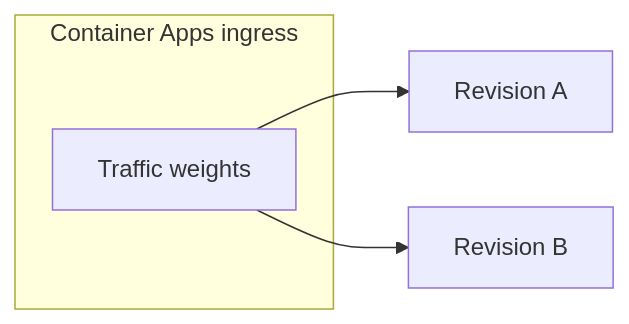
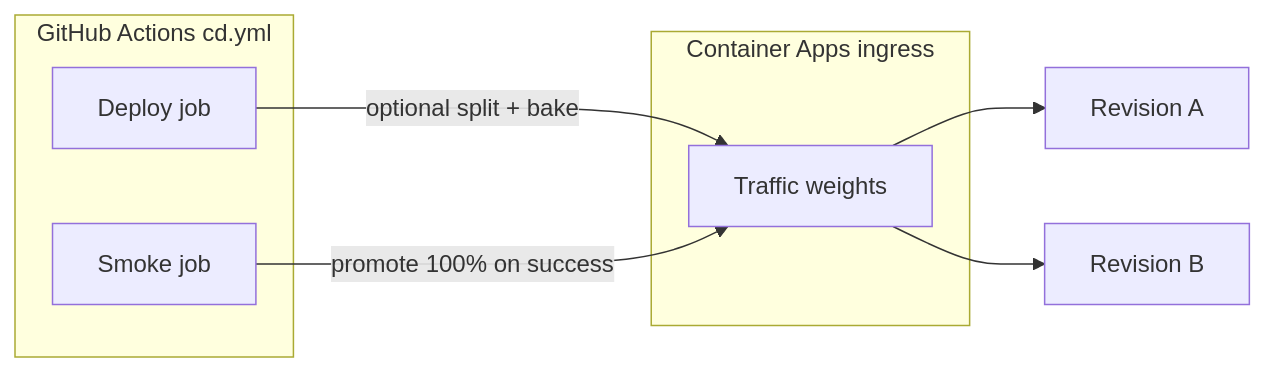
The diagram in docs/runbooks/CANARY_DEPLOYMENT.md (joefrancisGA/ArchLucid), drawn with Mermaid before and after one commit. The commit also changed other lines of this file and 46 other files, not shown here.

````diff
--- a/docs/runbooks/CANARY_DEPLOYMENT.md
+++ b/docs/runbooks/CANARY_DEPLOYMENT.md
@@ -19,10 +20,16 @@
 ```mermaid
 flowchart LR
+  subgraph cd[GitHub Actions cd.yml]
+    D[Deploy job]
+    S[Smoke job]
+  end
   subgraph ingress[Container Apps ingress]
     T[Traffic weights]
   end
   R1[Revision A]
   R2[Revision B]
+  D -->|optional split + bake| T
+  S -->|promote 100% on success| T
   T --> R1
   T --> R2
 ```
````
